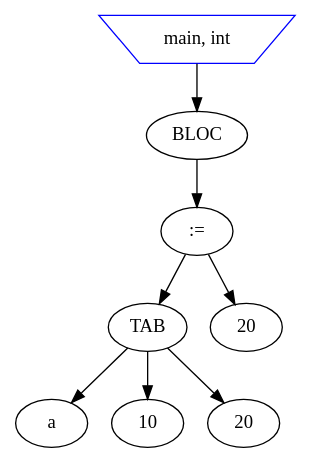
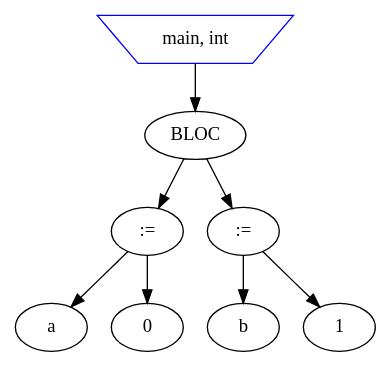
The diagram in src/output.dot (nicobonnardot3/compiler), drawn with Graphviz before and after one commit. The commit also changed 10 other files, not shown here.

```diff
--- a/src/output.dot
+++ b/src/output.dot
@@ -1,22 +1,27 @@
 digraph Programme {
 
-node_main_5 [label="main, int" shape=invtrapezium color=blue];
-node_bloc_6 [shape=ellipse label="BLOC"];
-node_main_5 -> node_bloc_6
+node_main_8 [label="main, int" shape=invtrapezium color=blue];
+node_bloc_9 [shape=ellipse label="BLOC"];
+node_main_8 -> node_bloc_9
 
-node_affect_node_var_a_3_node_20_4_4 [label=":=" shape=ellipse];
+node_affect_node_var_a_4_node_0_5_5 [label=":=" shape=ellipse];
 
-node_var_a_3 [shape=ellipse label="TAB"];
+node_var_a_4 [shape=ellipse label="a"];
+node_affect_node_var_a_4_node_0_5_5 -> node_var_a_4
 
-node_var_a_2 [shape=ellipse label="a"];
-node_var_a_3 -> node_var_a_2;
-node_var_a_3 -> 10;
-node_var_a_3 -> 20;
-node_affect_node_var_a_3_node_20_4_4 -> node_var_a_3
+node_0_5 [shape=ellipse label="0"];
+node_affect_node_var_a_4_node_0_5_5 -> node_0_5
 
-node_20_4 [shape=ellipse label="20"];
-node_affect_node_var_a_3_node_20_4_4 -> node_20_4
+node_bloc_9 -> node_affect_node_var_a_4_node_0_5_5
 
-node_bloc_6 -> node_affect_node_var_a_3_node_20_4_4
+node_affect_node_var_b_6_node_1_7_7 [label=":=" shape=ellipse];
+
+node_var_b_6 [shape=ellipse label="b"];
+node_affect_node_var_b_6_node_1_7_7 -> node_var_b_6
+
+node_1_7 [shape=ellipse label="1"];
+node_affect_node_var_b_6_node_1_7_7 -> node_1_7
+
+node_bloc_9 -> node_affect_node_var_b_6_node_1_7_7
 
 }
```
